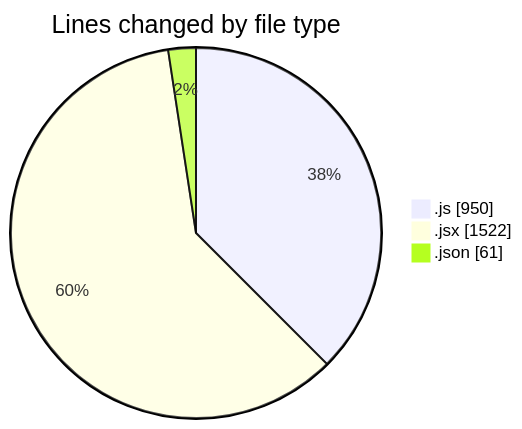
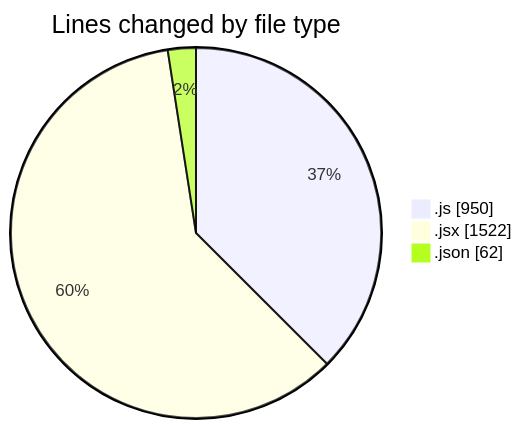
Before and after one commit to nxtqubesakshisongat/code-tracking: the first of 2 diagrams in 2025-08-07/nxtqube_webapp/README.md, drawn with Mermaid. The commit also changed other lines of this file and 1 other file, not shown here.

````diff
--- a/2025-08-07/nxtqube_webapp/README.md
+++ b/2025-08-07/nxtqube_webapp/README.md
@@ -25,7 +25,7 @@
 ```mermaid
 pie showData
 title Lines changed by file type
 ".js" : 950
 ".jsx" : 1522
-".json" : 61
+".json" : 62
 ```
````
